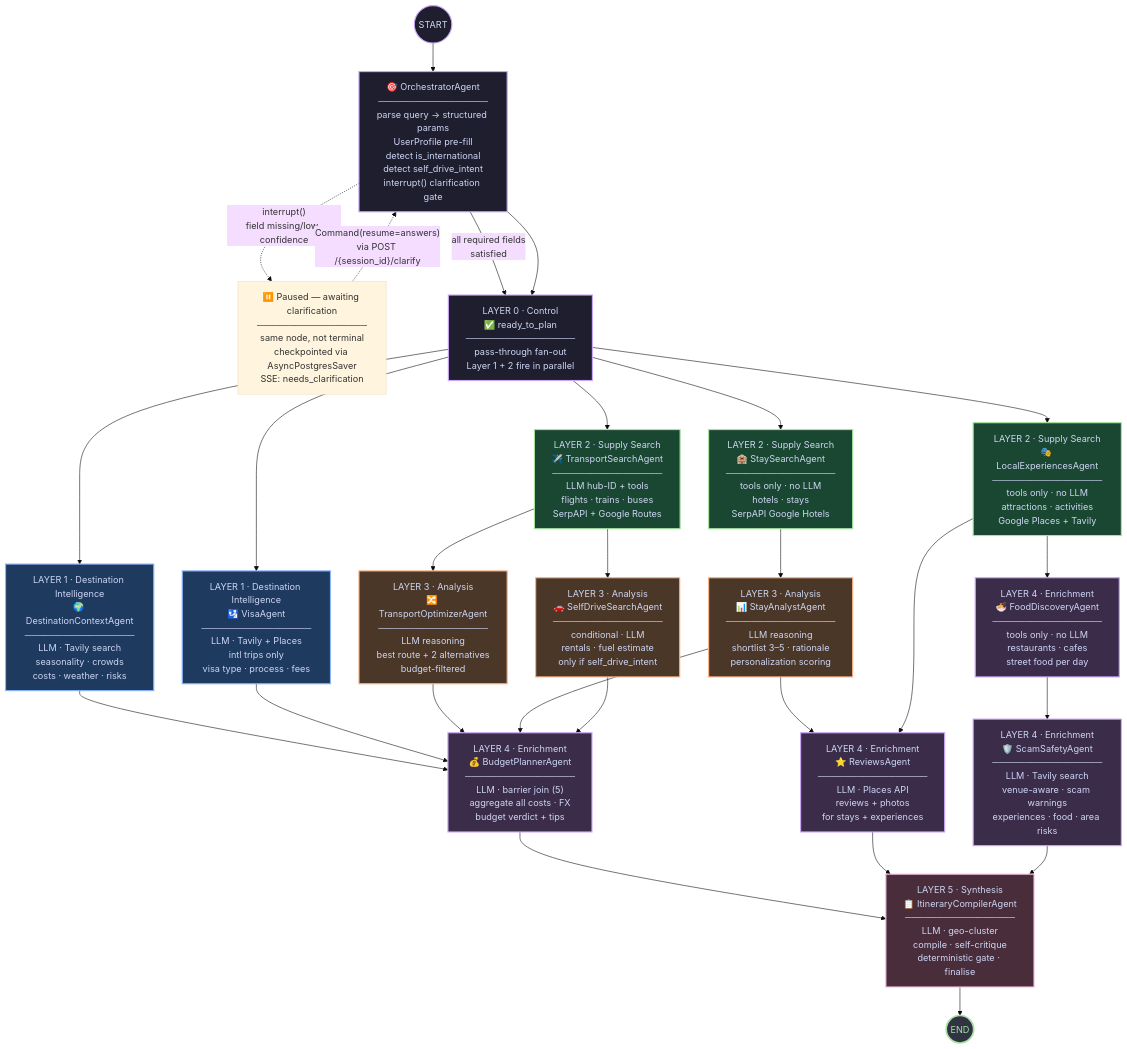
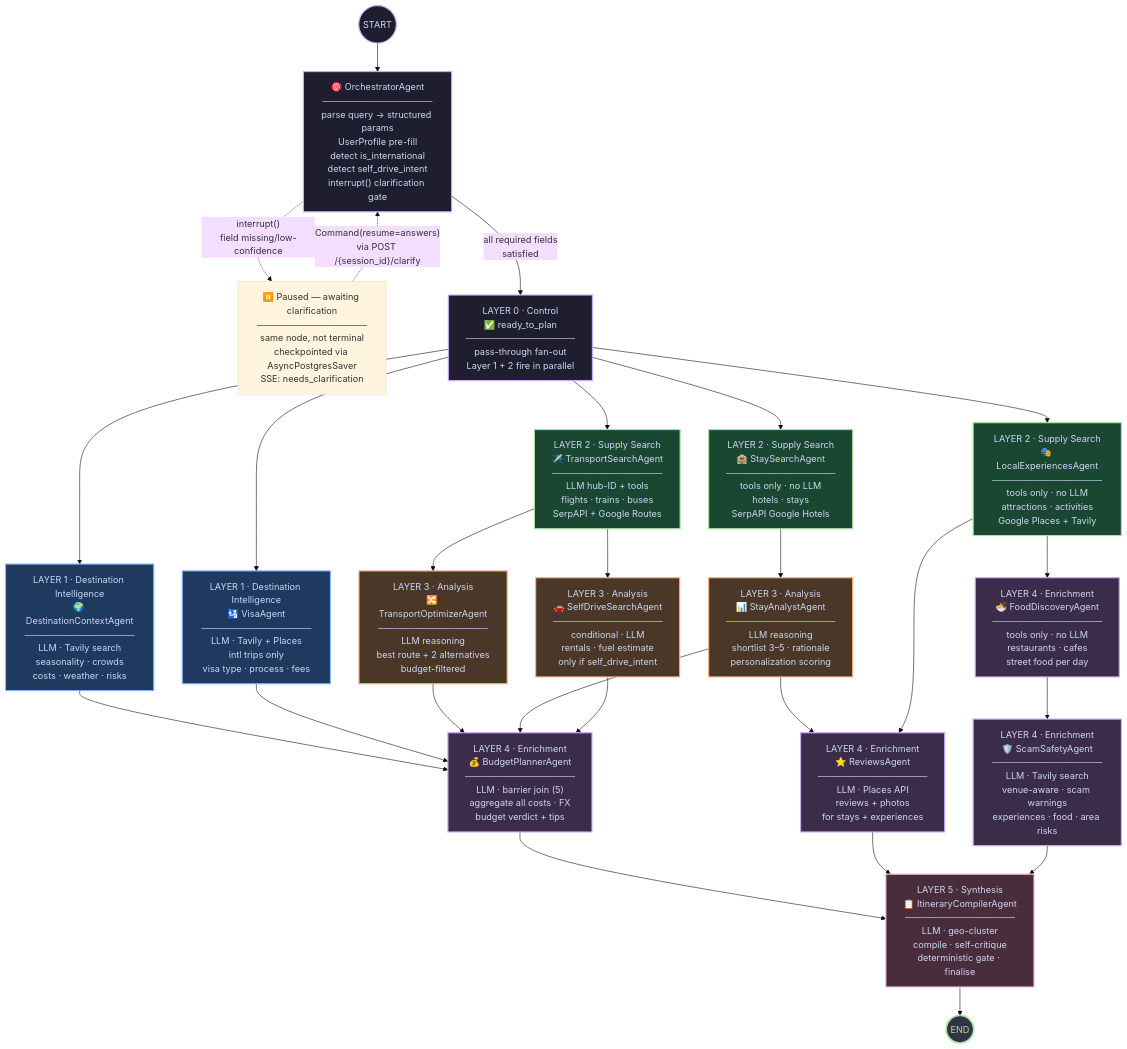
The first of 3 diagrams in plan.md (thecoducer/TravelCopilot), drawn with Mermaid (base theme) before and after one commit.

Commit message:
update diagram

```diff
--- a/plan.md
+++ b/plan.md
@@ -55,9 +55,6 @@
     orchestrator -->|"all required fields\nsatisfied"| ready_to_plan
 
     paused["⏸️ Paused — awaiting clarification\n─────────────────\nsame node, not terminal\ncheckpointed via AsyncPostgresSaver\nSSE: needs_clarification"]:::gate
-
-    %% ── Orchestrator always proceeds to ready_to_plan ────────────
-    orchestrator --> ready_to_plan
 
     ready_to_plan["LAYER 0 · Control\n✅ ready_to_plan\n─────────────────\npass-through fan-out\nLayer 1 + 2 fire in parallel"]:::control
 
```
